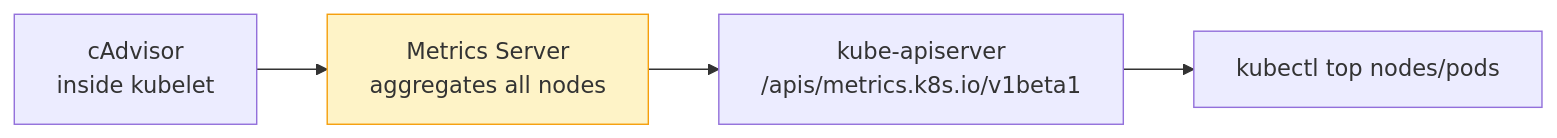
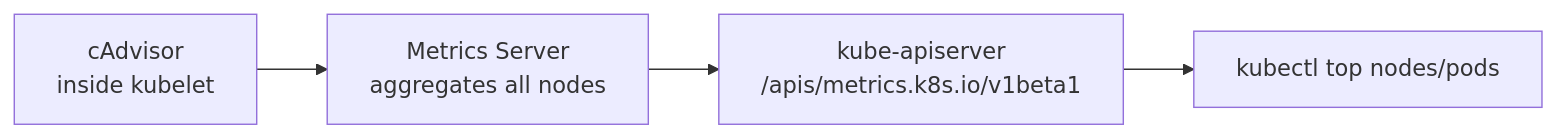
Before and after one commit to Gautam4424/k8slearn-content: the second of 6 diagrams in content/cka/10-logging-monitoring/overview/overview.md, drawn with Mermaid. The commit also changed other lines of this file and 40 other files, not shown here.

Commit message:
chore: fix mermaid style regex

````diff
--- a/content/cka/10-logging-monitoring/overview/overview.md
+++ b/content/cka/10-logging-monitoring/overview/overview.md
@@ -47,9 +45,8 @@
 ```mermaid
 flowchart LR
     CA["cAdvisor\ninside kubelet"]
     MS["Metrics Server\naggregates all nodes"]
     API["kube-apiserver\n/apis/metrics.k8s.io/v1beta1"]
     TOP["kubectl top nodes/pods"]
     CA --> MS --> API --> TOP
-    style MS fill:#fef3c7,stroke:#f59e0b
 ```
````
